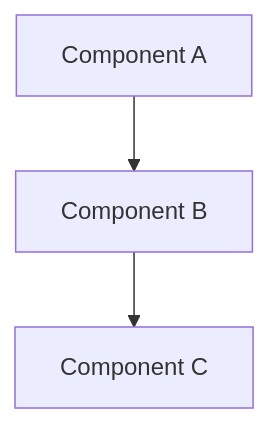
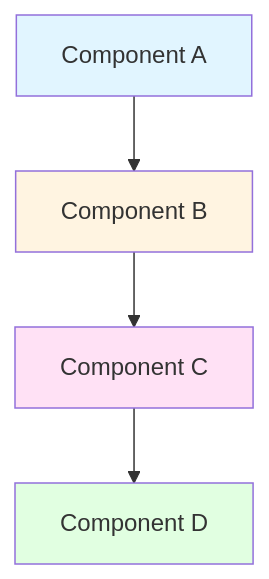
One commit to kennedym-ds/copilot_orchestrator changed the first of 4 diagrams in docs/templates/plan.md. Above: the diagram before and after it, drawn with Mermaid. The commit also changed other lines of this file and 7 other files, not shown here.

First line of the commit message:
Enhance planning documentation and validation for Mermaid diagrams

````diff
--- a/docs/templates/plan.md
+++ b/docs/templates/plan.md
@@ -6,5 +8,11 @@
 ```mermaid
 flowchart TD
     A[Component A] --> B[Component B]
     B --> C[Component C]
+    C --> D[Component D]
+    
+    style A fill:#e1f5ff
+    style B fill:#fff4e1
+    style C fill:#ffe1f5
+    style D fill:#e1ffe1
 ```
````
